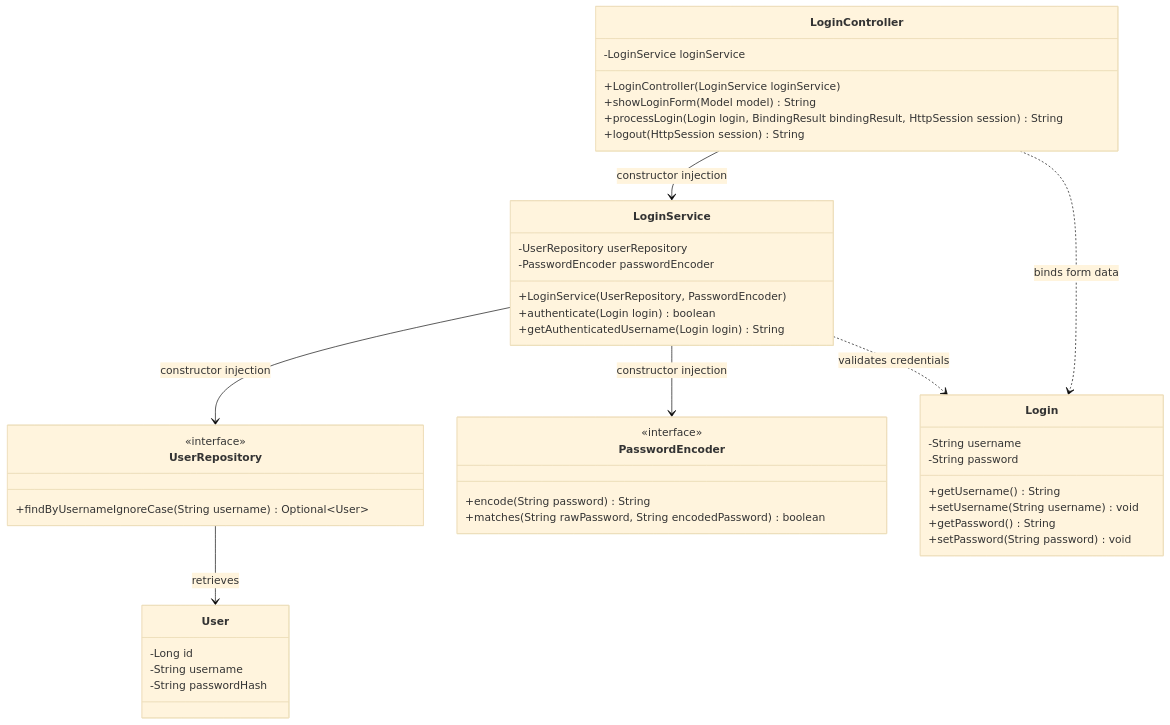
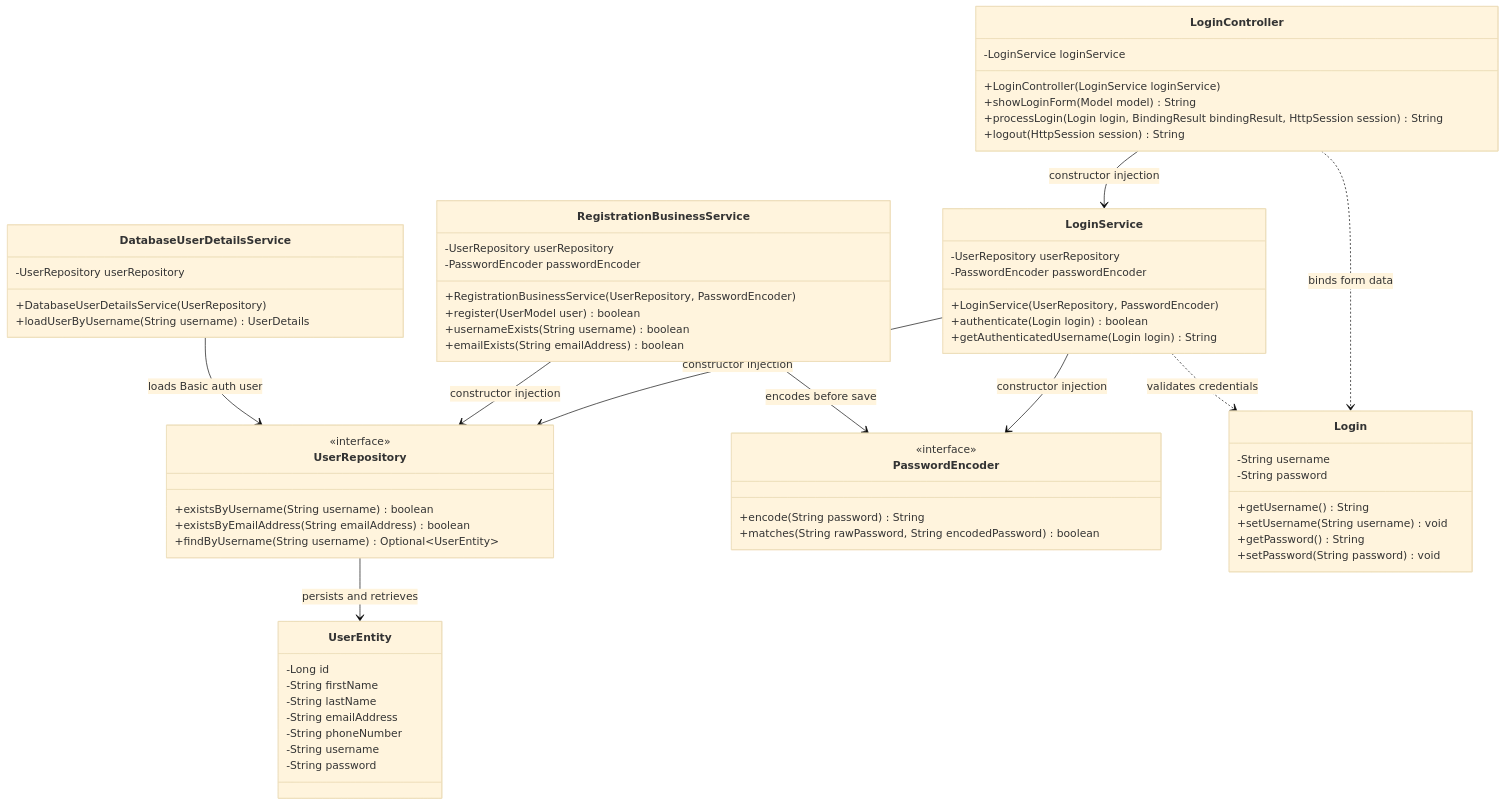
The diagram in docs/Login-Module-Class-Diagram.md (GCUJAMES/CST339-VideoGameStore), drawn with Mermaid (base theme) before and after one commit. The commit also changed other lines of this file and 96 other files, not shown here.

````diff
--- a/docs/Login-Module-Class-Diagram.md
+++ b/docs/Login-Module-Class-Diagram.md
@@ -5,51 +5,75 @@
 ```mermaid
 classDiagram
     class LoginController {
         -LoginService loginService
         +LoginController(LoginService loginService)
         +showLoginForm(Model model) String
         +processLogin(Login login, BindingResult bindingResult, HttpSession session) String
         +logout(HttpSession session) String
     }
 
     class LoginService {
         -UserRepository userRepository
         -PasswordEncoder passwordEncoder
         +LoginService(UserRepository, PasswordEncoder)
         +authenticate(Login login) boolean
         +getAuthenticatedUsername(Login login) String
     }
 
+    class RegistrationBusinessService {
+        -UserRepository userRepository
+        -PasswordEncoder passwordEncoder
+        +RegistrationBusinessService(UserRepository, PasswordEncoder)
+        +register(UserModel user) boolean
+        +usernameExists(String username) boolean
+        +emailExists(String emailAddress) boolean
+    }
+
+    class DatabaseUserDetailsService {
+        -UserRepository userRepository
+        +DatabaseUserDetailsService(UserRepository)
+        +loadUserByUsername(String username) UserDetails
+    }
+
     class UserRepository {
         <<interface>>
-        +findByUsernameIgnoreCase(String username) Optional~User~
+        +existsByUsername(String username) boolean
+        +existsByEmailAddress(String emailAddress) boolean
+        +findByUsername(String username) Optional~UserEntity~
     }
 
-    class User {
+    class UserEntity {
         -Long id
+        -String firstName
+        -String lastName
+        -String emailAddress
+        -String phoneNumber
         -String username
-        -String passwordHash
+        -String password
     }
 
     class PasswordEncoder {
         <<interface>>
         +encode(String password) String
         +matches(String rawPassword, String encodedPassword) boolean
     }
 
     class Login {
         -String username
         -String password
         +getUsername() String
         +setUsername(String username) void
         +getPassword() String
         +setPassword(String password) void
     }
 
     LoginController --> LoginService : constructor injection
     LoginController ..> Login : binds form data
     LoginService --> UserRepository : constructor injection
     LoginService --> PasswordEncoder : constructor injection
-    UserRepository --> User : retrieves
+    RegistrationBusinessService --> UserRepository : constructor injection
+    RegistrationBusinessService --> PasswordEncoder : encodes before save
+    DatabaseUserDetailsService --> UserRepository : loads Basic auth user
+    UserRepository --> UserEntity : persists and retrieves
     LoginService ..> Login : validates credentials
 ```
````
